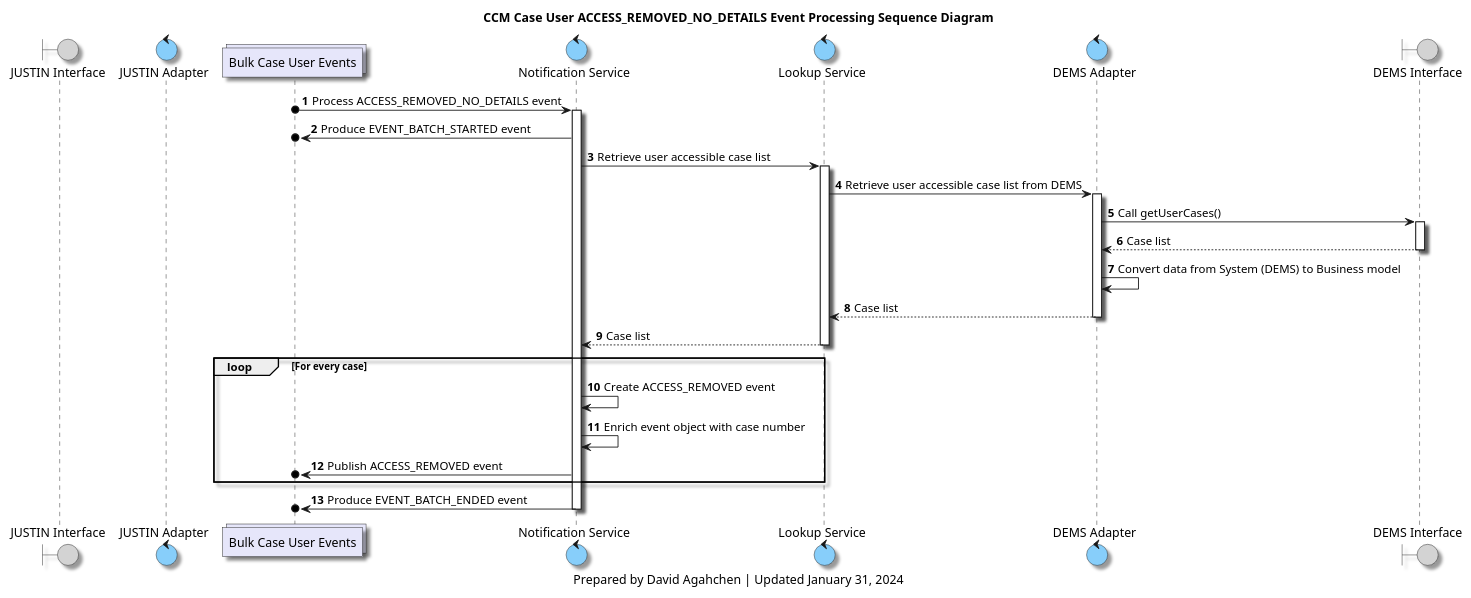
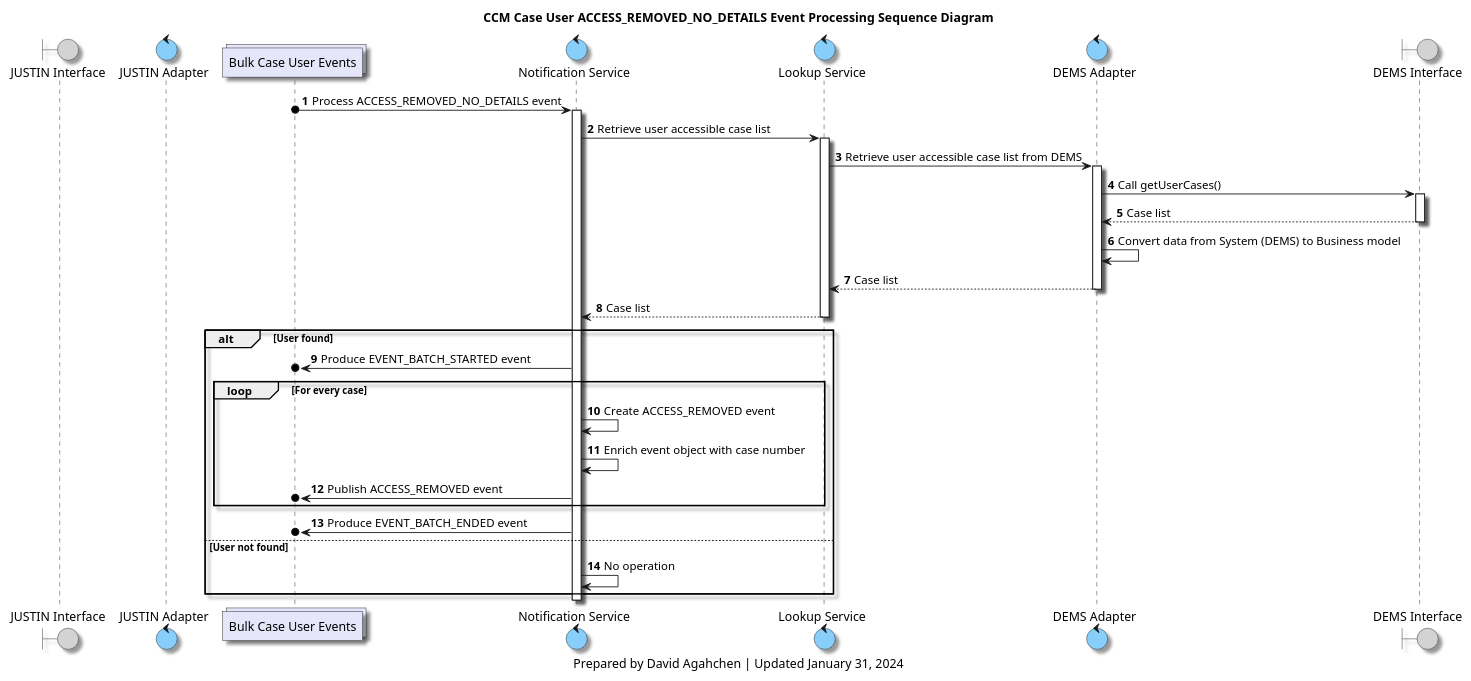
The diagram in diagrams/ccm_case_user_access_removed_no_details_processing_sequence_diagram.plantuml (bcgov/jpss-jade-ccm), drawn with PlantUML before and after one commit. The commit also changed 7 other files, not shown here.

First line of the commit message:
Update CaseUserEvent processing and processing sequence diagrams

```diff
--- a/diagrams/ccm_case_user_access_removed_no_details_processing_sequence_diagram.plantuml
+++ b/diagrams/ccm_case_user_access_removed_no_details_processing_sequence_diagram.plantuml
@@ -1,63 +1,67 @@
 @startuml
 'hide footbox
 
 skinparam Shadowing true
 skinparam CollectionsBackgroundColor Lavender
 skinparam ControlBackgroundColor LightSkyBlue
 skinparam BoundaryBackgroundColor LightGrey
 
 /' 
 Available colours
 https://plantuml-documentation.readthedocs.io/en/latest/formatting/color-names.html
 '/
 
 boundary j_interface as "JUSTIN Interface"
 control j_adapter as "JUSTIN Adapter"
 collections bulk_case_users_topic as "Bulk Case User Events"
 control notification_service as "Notification Service"
 control lookup_service as "Lookup Service"
 control d_adapter as "DEMS Adapter"
 boundary d_interface as "DEMS Interface"
 
 
 title
 CCM Case User ACCESS_REMOVED_NO_DETAILS Event Processing Sequence Diagram
 end title
 
 autonumber
 
 bulk_case_users_topic o-> notification_service : Process ACCESS_REMOVED_NO_DETAILS event
 activate notification_service
 
-notification_service ->o bulk_case_users_topic: Produce EVENT_BATCH_STARTED event
-
 notification_service -> lookup_service: Retrieve user accessible case list
 activate lookup_service
 lookup_service -> d_adapter: Retrieve user accessible case list from DEMS
 
 activate d_adapter
 d_adapter -> d_interface: Call getUserCases()
 activate d_interface
 d_interface --> d_adapter: Case list
 deactivate d_interface
 d_adapter -> d_adapter: Convert data from System (DEMS) to Business model
 d_adapter --> lookup_service: Case list
 deactivate d_adapter
 
 lookup_service --> notification_service: Case list
 deactivate lookup_service
 
-loop For every case
-    notification_service -> notification_service: Create ACCESS_REMOVED event
-    notification_service -> notification_service: Enrich event object with case number
-    notification_service ->o bulk_case_users_topic: Publish ACCESS_REMOVED event
+alt User found
+    notification_service ->o bulk_case_users_topic: Produce EVENT_BATCH_STARTED event
+
+    loop For every case
+        notification_service -> notification_service: Create ACCESS_REMOVED event
+        notification_service -> notification_service: Enrich event object with case number
+        notification_service ->o bulk_case_users_topic: Publish ACCESS_REMOVED event
+    end
+
+    notification_service ->o bulk_case_users_topic: Produce EVENT_BATCH_ENDED event
+else User not found
+    notification_service -> notification_service: No operation
 end
-
-notification_service ->o bulk_case_users_topic: Produce EVENT_BATCH_ENDED event
 
 deactivate notification_service
 
 caption
 Prepared by David Agahchen | Updated January 31, 2024
 end caption
 @enduml
```
